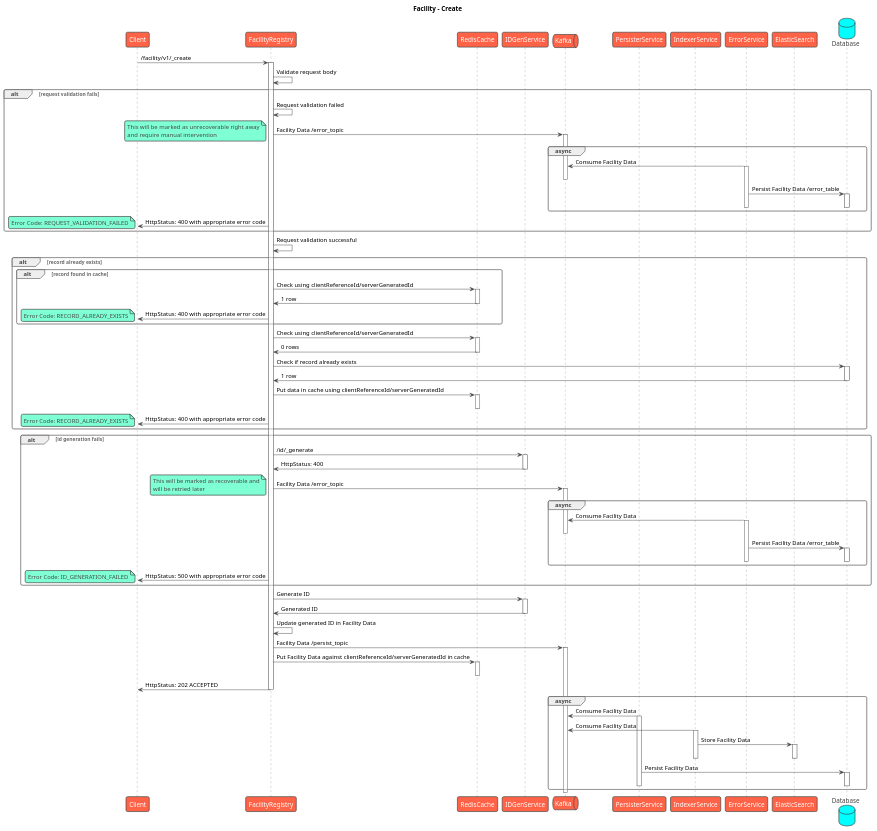
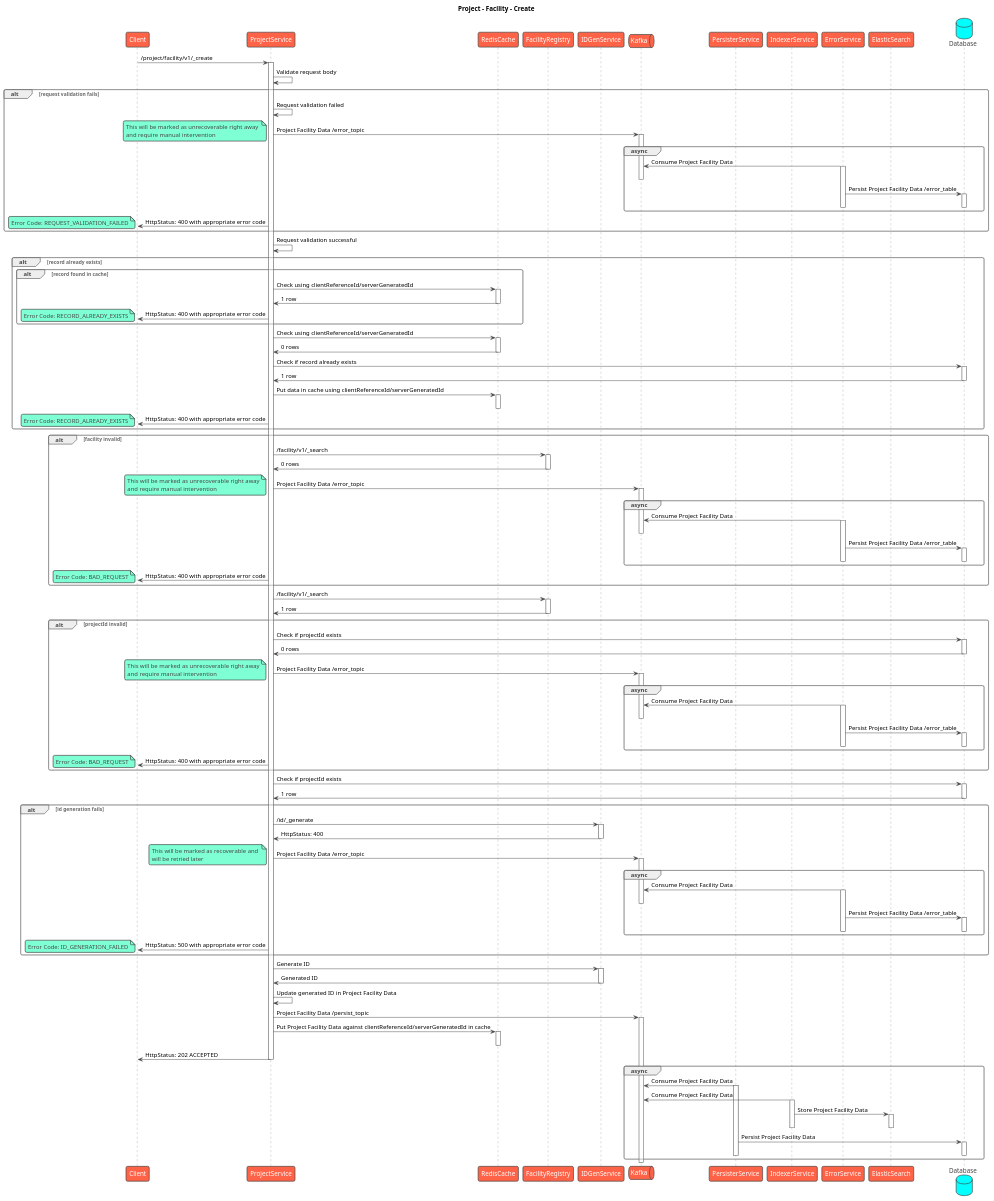
One commit to egovernments/health-api-specs changed the diagram in contracts/project/facility/sequence/create.puml. Above: the diagram before and after it, drawn with PlantUML. The commit also changed 3 other files, not shown here.

Commit message:
Sequence: /project/facility/v1/*

```diff
--- a/contracts/project/facility/sequence/create.puml
+++ b/contracts/project/facility/sequence/create.puml
@@ -1,119 +1,178 @@
 @startuml
-title Facility - Create
+title Project - Facility - Create
 !theme vibrant
 participant Client as c
-participant FacilityRegistry as s
+participant ProjectService as s
 participant RedisCache as rc
+participant FacilityRegistry as s2
 participant IDGenService as idgen
 queue Kafka as k
 participant PersisterService as prs
 participant IndexerService as idx
 participant ErrorService as es
 participant ElasticSearch as el
 database Database as db
-c -> s : /facility/v1/_create
+c -> s : /project/facility/v1/_create
 activate s
 s -> s: Validate request body
 alt request validation fails
     s -> s: Request validation failed
-    s -> k: Facility Data /error_topic
+    s -> k: Project Facility Data /error_topic
     note left
-        This will be marked as unrecoverable right away
+        This will be marked as unrecoverable right away 
         and require manual intervention
     end note
     activate k
     group async
-        es -> k: Consume Facility Data
+        es -> k: Consume Project Facility Data
         activate es
         deactivate k
-        es -> db: Persist Facility Data /error_table
+        es -> db: Persist Project Facility Data /error_table
         activate db
         deactivate db
         deactivate es
     end
     s -> c: HttpStatus: 400 with appropriate error code
     note left
       Error Code: REQUEST_VALIDATION_FAILED
     end note
 end
 s -> s: Request validation successful
 alt record already exists
     alt record found in cache
       s -> rc: Check using clientReferenceId/serverGeneratedId
       activate rc
       rc -> s: 1 row
       deactivate rc
       s -> c: HttpStatus: 400 with appropriate error code
       note left
           Error Code: RECORD_ALREADY_EXISTS
       end note
     end
     s -> rc: Check using clientReferenceId/serverGeneratedId
     activate rc
     rc -> s: 0 rows
     deactivate rc
     s -> db: Check if record already exists
     activate db
     db -> s: 1 row
     deactivate db
     s -> rc: Put data in cache using clientReferenceId/serverGeneratedId
     activate rc
     deactivate rc
     s -> c: HttpStatus: 400 with appropriate error code
     note left
         Error Code: RECORD_ALREADY_EXISTS
     end note
 end
+alt facility invalid
+    s -> s2: /facility/v1/_search
+    activate s2
+    s2 -> s: 0 rows
+    deactivate s2
+    s -> k: Project Facility Data /error_topic
+    note left
+        This will be marked as unrecoverable right away
+        and require manual intervention
+    end note
+    activate k
+    group async
+        es -> k: Consume Project Facility Data
+        activate es
+        deactivate k
+        es -> db: Persist Project Facility Data /error_table
+        activate db
+        deactivate db
+        deactivate es
+    end
+    s -> c: HttpStatus: 400 with appropriate error code
+    note left
+      Error Code: BAD_REQUEST
+    end note
+end
+s -> s2: /facility/v1/_search
+activate s2
+s2 -> s: 1 row
+deactivate s2
+alt projectId invalid
+    s -> db: Check if projectId exists
+    activate db
+    db -> s: 0 rows
+    deactivate db
+    s -> k: Project Facility Data /error_topic
+    note left
+        This will be marked as unrecoverable right away
+        and require manual intervention
+    end note
+    activate k
+    group async
+        es -> k: Consume Project Facility Data
+        activate es
+        deactivate k
+        es -> db: Persist Project Facility Data /error_table
+        activate db
+        deactivate db
+        deactivate es
+    end
+    s -> c: HttpStatus: 400 with appropriate error code
+    note left
+      Error Code: BAD_REQUEST
+    end note
+end
+s -> db: Check if projectId exists
+activate db
+db -> s: 1 row
+deactivate db
 alt id generation fails
     s -> idgen: /id/_generate
     activate idgen
     idgen -> s: HttpStatus: 400
     deactivate idgen
-    s -> k: Facility Data /error_topic
+    s -> k: Project Facility Data /error_topic
     note left
-        This will be marked as recoverable and
+        This will be marked as recoverable and 
         will be retried later
     end note
     activate k
     group async
-        es -> k: Consume Facility Data
+        es -> k: Consume Project Facility Data
         activate es
         deactivate k
-        es -> db: Persist Facility Data /error_table
+        es -> db: Persist Project Facility Data /error_table
         activate db
         deactivate db
         deactivate es
     end
     s -> c: HttpStatus: 500 with appropriate error code
     note left
       Error Code: ID_GENERATION_FAILED
     end note
 end
 s -> idgen: Generate ID
 activate idgen
 idgen -> s: Generated ID
 deactivate idgen
-s -> s: Update generated ID in Facility Data
-s -> k: Facility Data /persist_topic
+s -> s: Update generated ID in Project Facility Data
+s -> k: Project Facility Data /persist_topic
 activate k
-s -> rc: Put Facility Data against clientReferenceId/serverGeneratedId in cache
+s -> rc: Put Project Facility Data against clientReferenceId/serverGeneratedId in cache
 activate rc
 deactivate rc
 s -> c: HttpStatus: 202 ACCEPTED
 deactivate s
 group async
-    prs -> k: Consume Facility Data
+    prs -> k: Consume Project Facility Data
     activate prs
-    idx -> k: Consume Facility Data
+    idx -> k: Consume Project Facility Data
     activate idx
-    idx -> el: Store Facility Data
+    idx -> el: Store Project Facility Data
     activate el
     deactivate el
     deactivate idx
-    prs -> db: Persist Facility Data
+    prs -> db: Persist Project Facility Data
     activate db
     deactivate db
     deactivate prs
 end
 deactivate k
 @enduml
```
